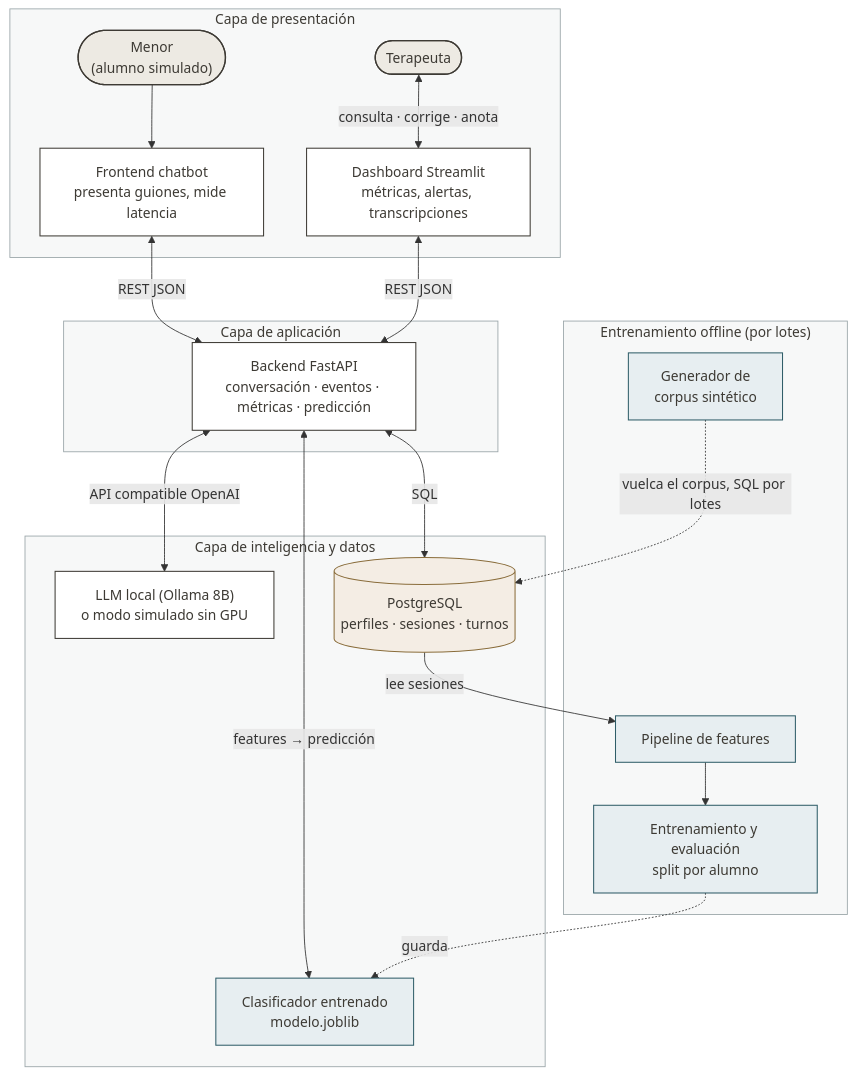
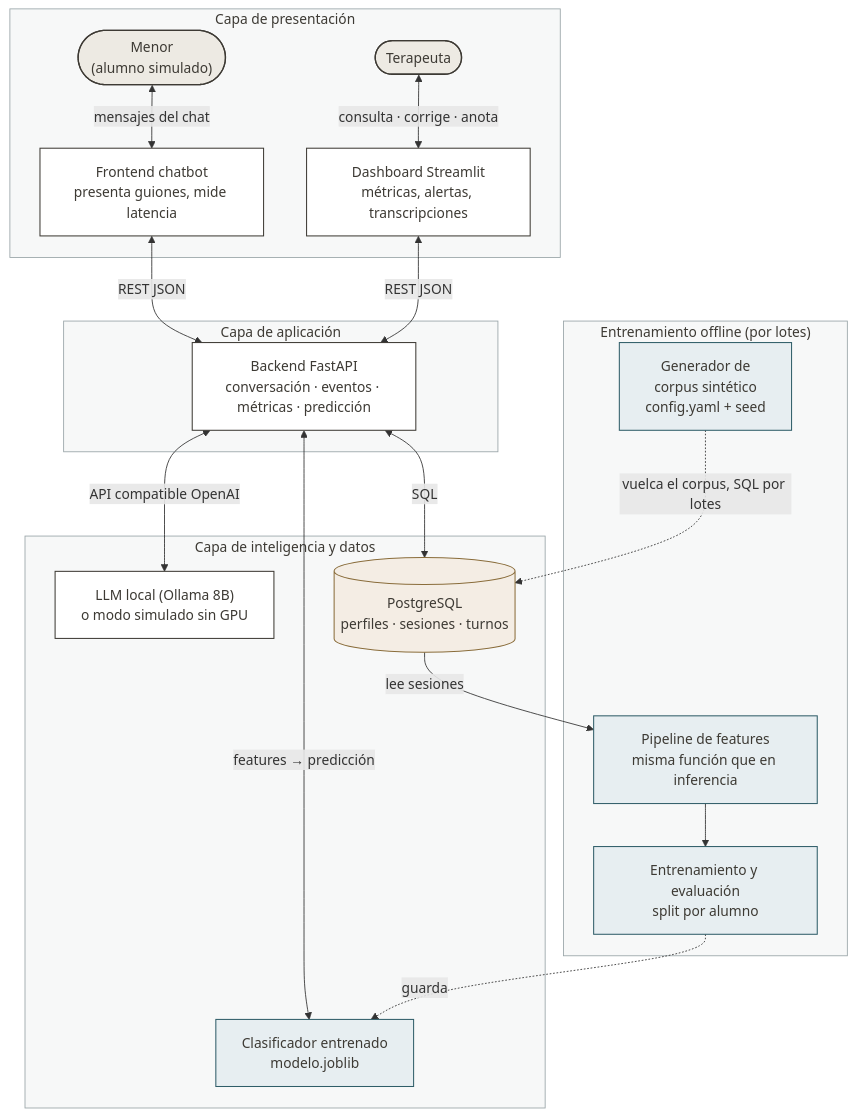
Before and after one commit to MarcosExp/Social-Sim-Chat: the diagram in docs/arquitectura.mmd, drawn with Mermaid. The commit also changed 1 other file, not shown here.

Commit message:
Aplica los retoques a los diagramas

```diff
--- a/docs/arquitectura.mmd
+++ b/docs/arquitectura.mmd
@@ -1,46 +1,47 @@
 flowchart TD
+
     subgraph P["Capa de presentación"]
         Menor(["Menor<br/>(alumno simulado)"])
         Front["Frontend chatbot<br/>presenta guiones, mide latencia"]
         Terapeuta(["Terapeuta"])
         Dash["Dashboard Streamlit<br/>métricas, alertas, transcripciones"]
     end
 
     subgraph A["Capa de aplicación"]
         Back["Backend FastAPI<br/>conversación · eventos · métricas · predicción"]
     end
 
     subgraph S["Capa de inteligencia y datos"]
         LLM["LLM local (Ollama 8B)<br/>o modo simulado sin GPU"]
         DB[("PostgreSQL<br/>perfiles · sesiones · turnos")]
         Modelo["Clasificador entrenado<br/>modelo.joblib"]
     end
 
     subgraph O["Entrenamiento offline (por lotes)"]
-        Gen["Generador de<br/>corpus sintético"]
-        Feat["Pipeline de features"]
+        Gen["Generador de<br/>corpus sintético<br/>config.yaml + seed"]
+        Feat["Pipeline de features<br/>misma función que en inferencia"]
         Train["Entrenamiento y evaluación<br/>split por alumno"]
     end
 
-    Menor --> Front
+    Menor <-->|mensajes del chat| Front
     Terapeuta <-->|consulta · corrige · anota| Dash
     Front <-->|REST JSON| Back
     Dash <-->|REST JSON| Back
     Back <-->|API compatible OpenAI| LLM
     Back <-->|SQL| DB
     Back <-->|features → predicción| Modelo
     DB -->|lee sesiones| Feat
     Feat --> Train
     Gen -.->|vuelca el corpus, SQL por lotes| DB
     Train -.->|guarda| Modelo
 
     classDef person fill:#EDEAE3,stroke:#3D3A34,stroke-width:1.5px,color:#3D3A34
     classDef svc fill:#FFFFFF,stroke:#3D3A34,stroke-width:1.2px,color:#3D3A34
     classDef store fill:#F4EDE4,stroke:#8A6D3B,stroke-width:1.2px,color:#3D3A34
     classDef ml fill:#E7EEF1,stroke:#2F5D68,stroke-width:1.2px,color:#3D3A34
     classDef layer fill:#F7F8F8,stroke:#9AA5A8,stroke-width:1px,color:#3D3A34
     class Menor,Terapeuta person
     class Front,Back,Dash,LLM svc
     class DB store
     class Gen,Feat,Train,Modelo ml
     class P,A,S,O layer
```
